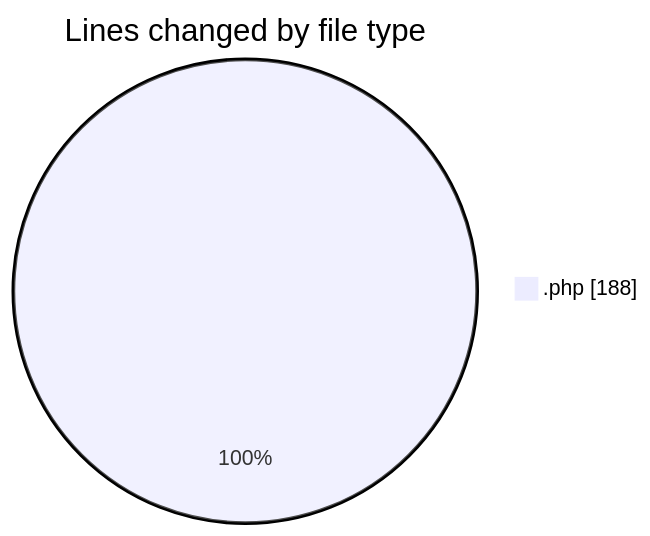
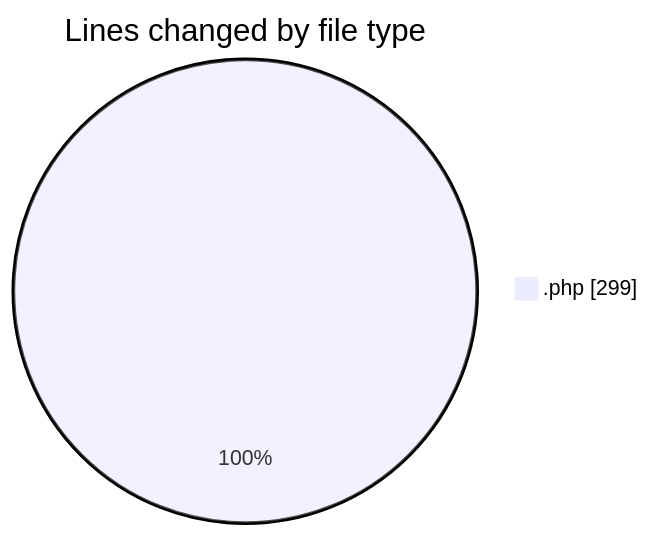
One commit to LanceThiago/code-tracking changed the first of 2 diagrams in 2025-01-22/includes/README.md. Above: the diagram before and after it, drawn with Mermaid. The commit also changed other lines of this file and 1 other file, not shown here.

````diff
--- a/2025-01-22/includes/README.md
+++ b/2025-01-22/includes/README.md
@@ -20,5 +21,5 @@
 ```mermaid
 pie showData
 title Lines changed by file type
-".php" : 188
+".php" : 299
 ```
````
